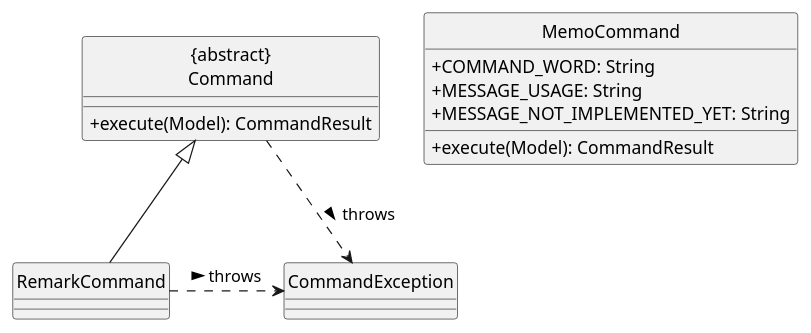
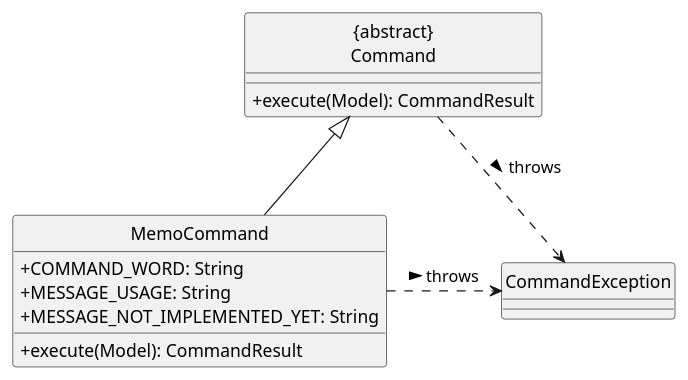
The diagram in docs/diagrams/add-remark/MemoClass.puml (varsha13152/tp), drawn with PlantUML before and after one commit.

```diff
--- a/docs/diagrams/add-remark/MemoClass.puml
+++ b/docs/diagrams/add-remark/MemoClass.puml
@@ -1,19 +1,19 @@
 @startuml
 hide circle
 skinparam classAttributeIconSize 0
 
 Class "{abstract}\nCommand" as Command {
   +execute(Model): CommandResult
 }
 Class MemoCommand {
   +COMMAND_WORD: String
   +MESSAGE_USAGE: String
   +MESSAGE_NOT_IMPLEMENTED_YET: String
   +execute(Model): CommandResult
 }
 Class CommandException
 
-RemarkCommand -up-|> Command
+MemoCommand -up-|> Command
 Command ..> CommandException: throws >
-RemarkCommand .right.> CommandException: throws >
+MemoCommand .right.> CommandException: throws >
 @enduml
```
